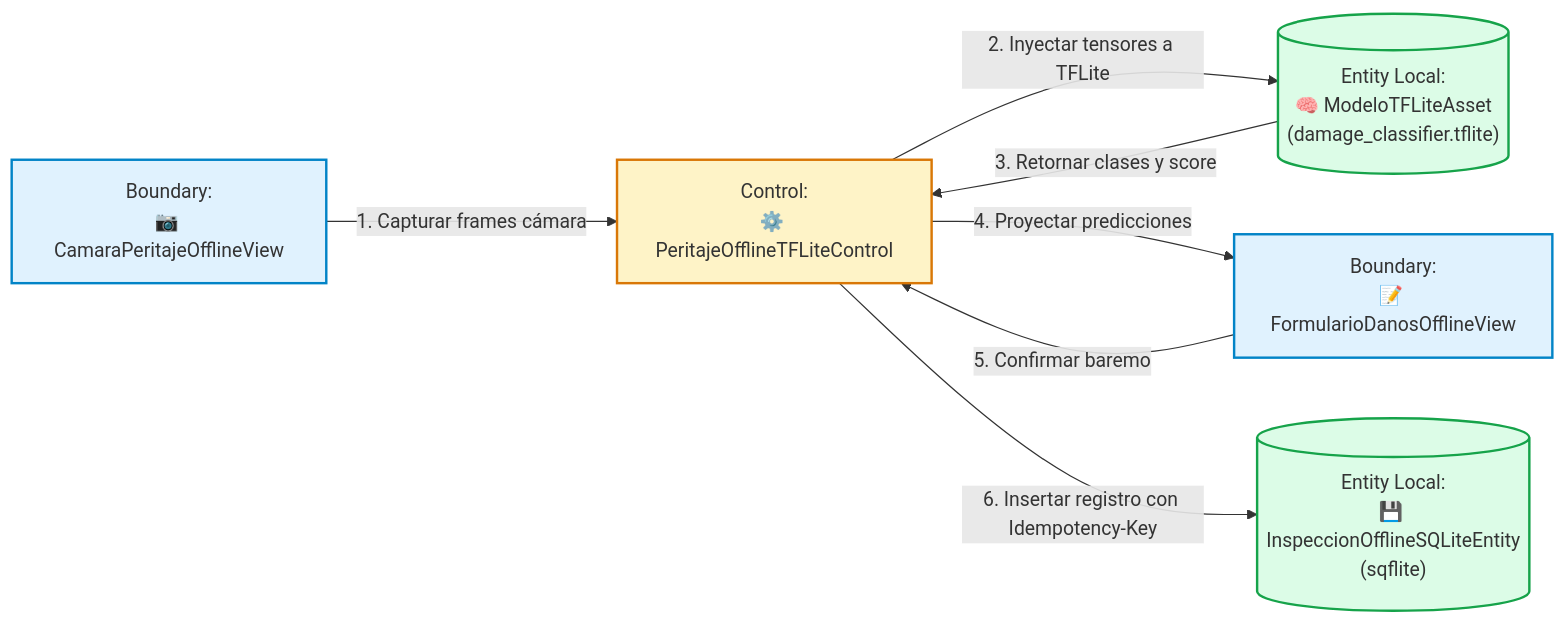
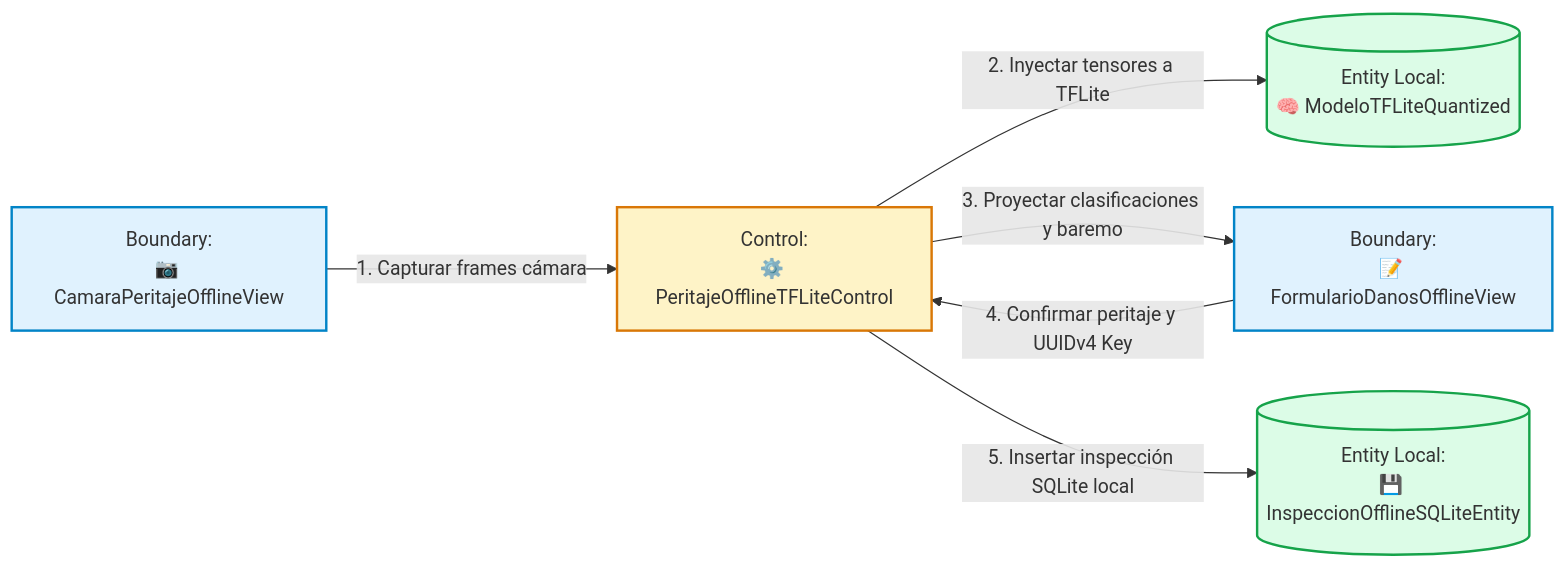
The fifth of 15 diagrams in docs/opcion_B_documentacion.md (DiegoxdGarcia2/2doParcialSW2), drawn with Mermaid before and after one commit. The commit also changed other lines of this file and 10 other files, not shown here.

Commit message:
docs: actualizar documentacion formal segun guias GuiaDocIconix y agregar panel de navegacion con 14 diagramas en archivo .qea

````diff
--- a/docs/opcion_B_documentacion.md
+++ b/docs/opcion_B_documentacion.md
@@ -404,19 +554,18 @@
 ```mermaid
 graph LR
     classDef boundary fill:#E0F2FE,stroke:#0284C7,stroke-width:2px;
     classDef control fill:#FEF3C7,stroke:#D97706,stroke-width:2px;
     classDef entity fill:#DCFCE7,stroke:#16A34A,stroke-width:2px;
 
     B1["Boundary:\n📷 CamaraPeritajeOfflineView"]:::boundary
     B2["Boundary:\n📝 FormularioDanosOfflineView"]:::boundary
     C1["Control:\n⚙️ PeritajeOfflineTFLiteControl"]:::control
-    E1[("Entity Local:\n💾 InspeccionOfflineSQLiteEntity\n(sqflite)")]:::entity
-    E2[("Entity Local:\n🧠 ModeloTFLiteAsset\n(damage_classifier.tflite)")]:::entity
+    E1[("Entity Local:\n💾 InspeccionOfflineSQLiteEntity")]:::entity
+    E2[("Entity Local:\n🧠 ModeloTFLiteQuantized")]:::entity
 
     B1 -->|1. Capturar frames cámara| C1
     C1 -->|2. Inyectar tensores a TFLite| E2
-    E2 -->|3. Retornar clases y score| C1
-    C1 -->|4. Proyectar predicciones| B2
-    B2 -->|5. Confirmar baremo| C1
-    C1 -->|6. Insertar registro con Idempotency-Key| E1
+    C1 -->|3. Proyectar clasificaciones y baremo| B2
+    B2 -->|4. Confirmar peritaje y UUIDv4 Key| C1
+    C1 -->|5. Insertar inspección SQLite local| E1
 ```
````
